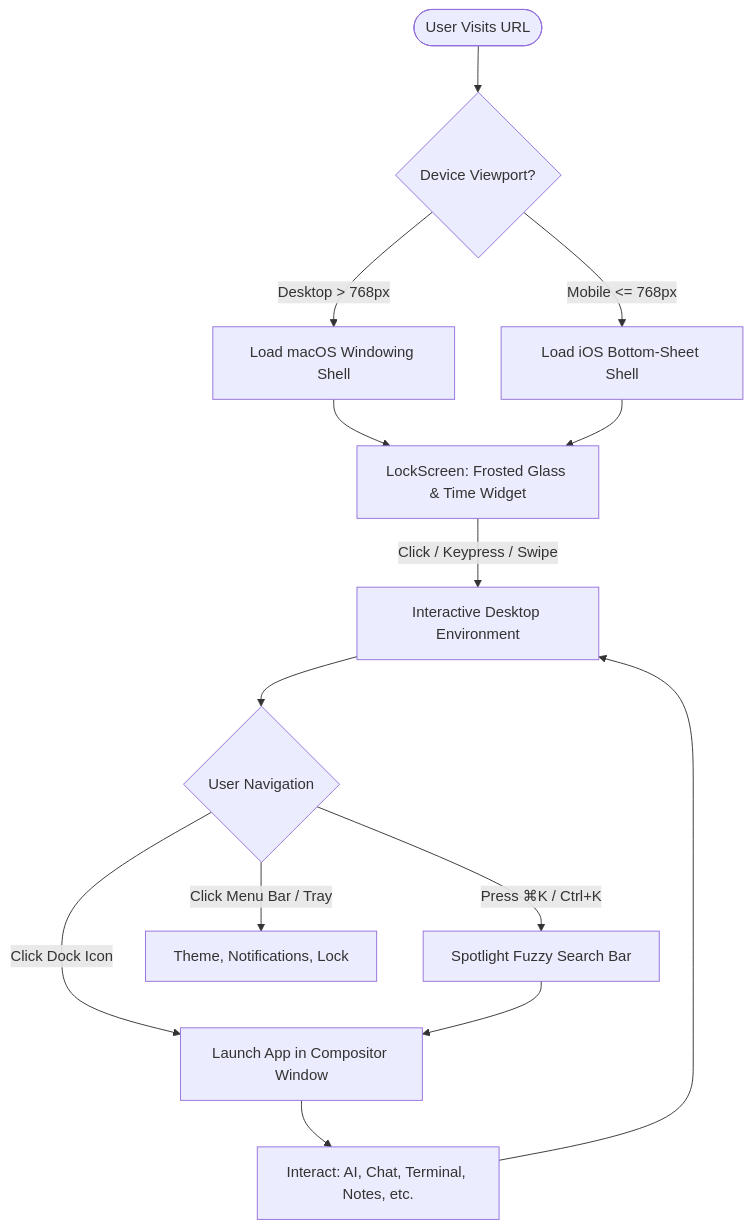
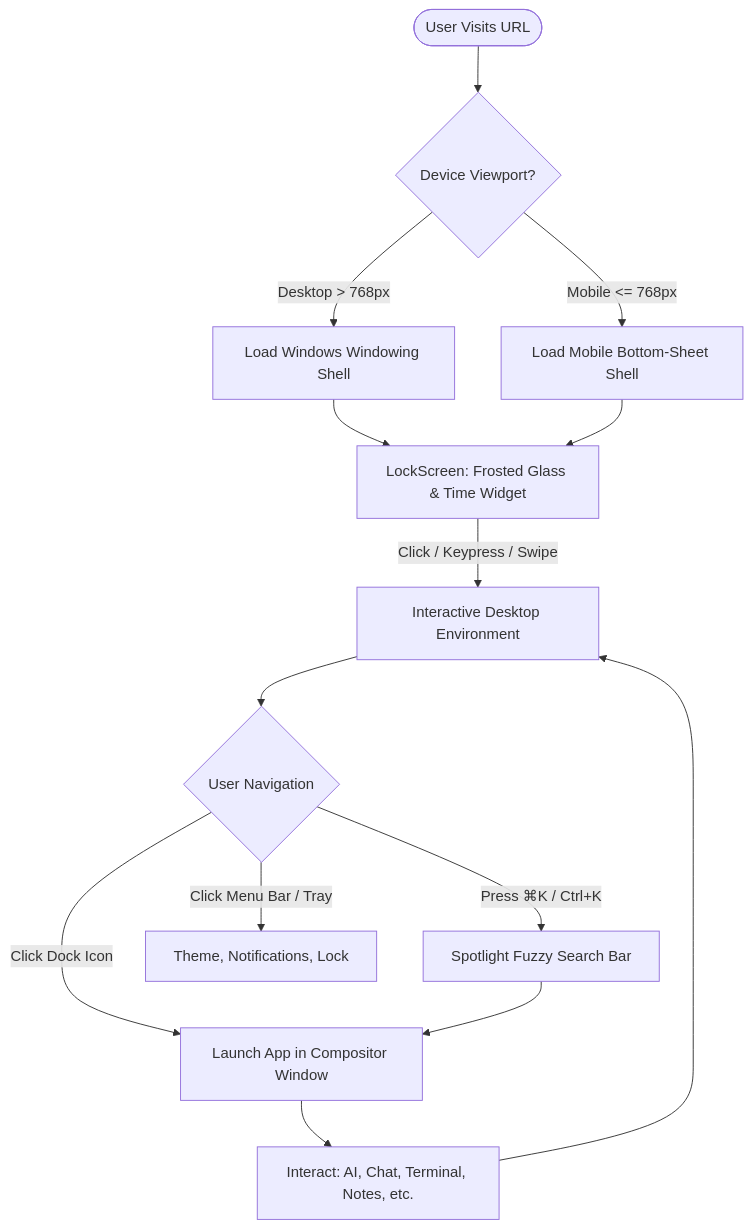
Before and after one commit to drj7zz/kaalyugos: the second of 2 diagrams in frontend/README.md, drawn with Mermaid. The commit also changed other lines of this file and 16 other files, not shown here.

````diff
--- a/frontend/README.md
+++ b/frontend/README.md
@@ -176,20 +176,20 @@
 ```mermaid
 flowchart TD
     Start([User Visits URL]) --> Detect{Device Viewport?}
-    Detect -->|Desktop > 768px| DeskMode[Load macOS Windowing Shell]
-    Detect -->|Mobile <= 768px| MobMode[Load iOS Bottom-Sheet Shell]
+    Detect -->|Desktop > 768px| DeskMode[Load Windows Windowing Shell]
+    Detect -->|Mobile <= 768px| MobMode[Load Mobile Bottom-Sheet Shell]
 
     DeskMode --> Lock[LockScreen: Frosted Glass & Time Widget]
     MobMode --> Lock
 
     Lock -->|Click / Keypress / Swipe| DesktopView[Interactive Desktop Environment]
 
     DesktopView --> NavChoice{User Navigation}
     NavChoice -->|Press ⌘K / Ctrl+K| Spotlight[Spotlight Fuzzy Search Bar]
     NavChoice -->|Click Dock Icon| OpenApp[Launch App in Compositor Window]
     NavChoice -->|Click Menu Bar / Tray| MenuAction[Theme, Notifications, Lock]
 
     Spotlight --> OpenApp
     OpenApp --> AppInteraction[Interact: AI, Chat, Terminal, Notes, etc.]
     AppInteraction --> DesktopView
 ```
````
